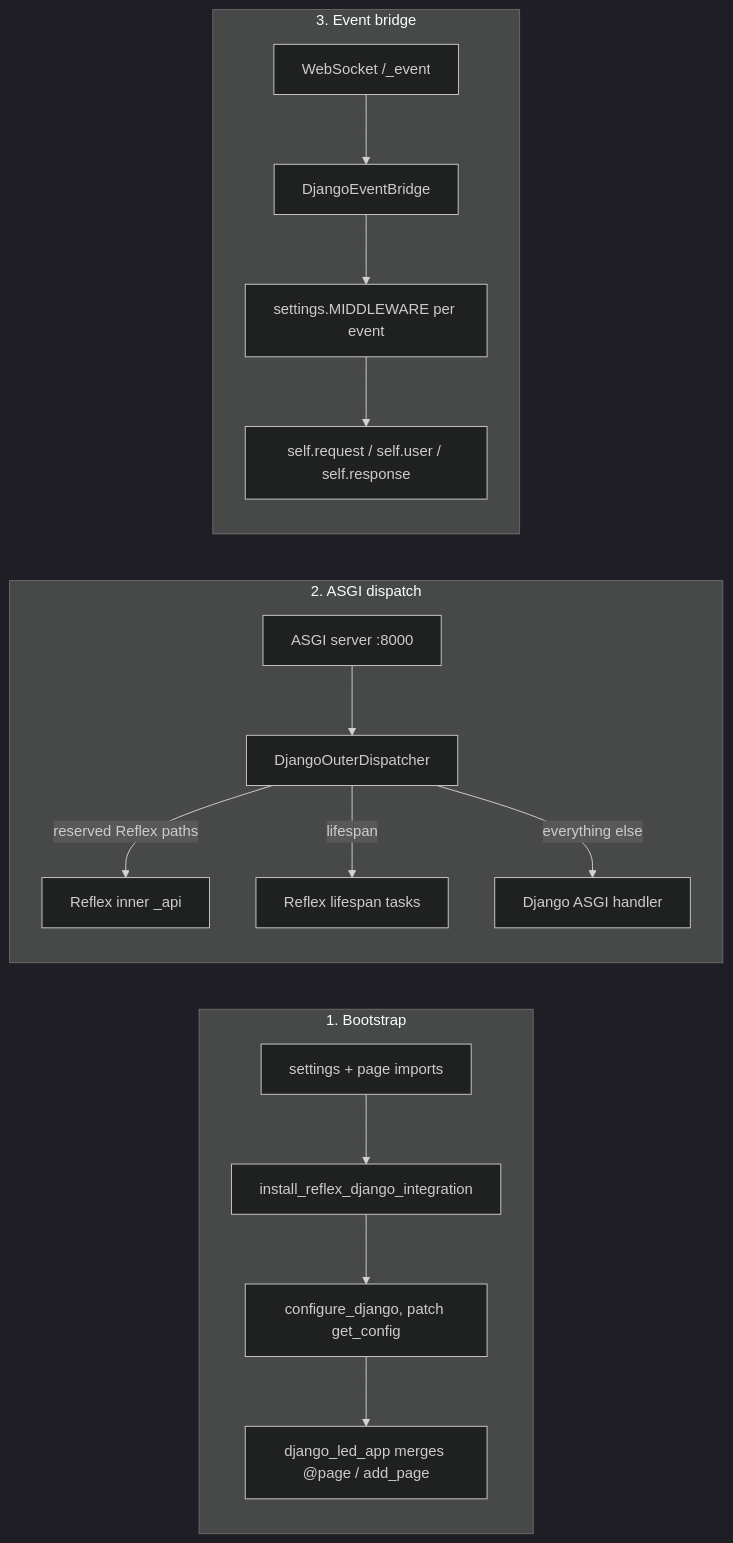
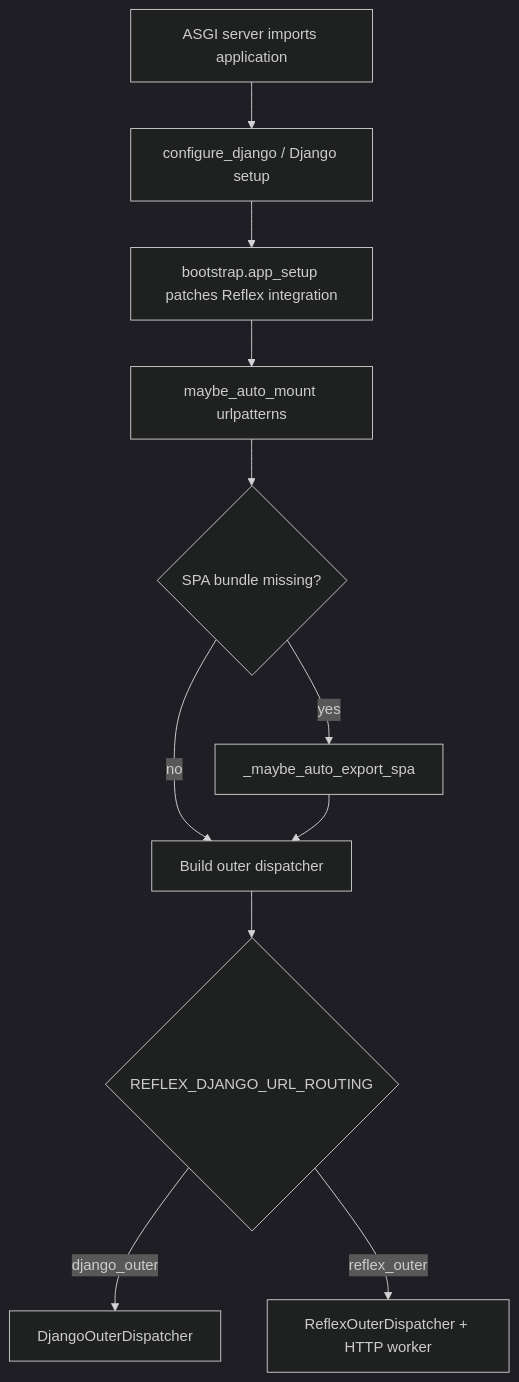
The first of 2 diagrams in docs/architecture.md (web7ai/reflex-django), drawn with Mermaid (dark theme) before and after one commit. The commit also changed other lines of this file and 65 other files, not shown here.

````diff
--- a/docs/architecture.md
+++ b/docs/architecture.md
@@ -13,21 +34,13 @@
 ```mermaid
-flowchart LR
-    subgraph pillar1["1. Bootstrap"]
-        A["settings + page imports"] --> B["install_reflex_django_integration"]
-        B --> C["configure_django, patch get_config"]
-        C --> D["django_led_app merges @page / add_page"]
-    end
-
-    subgraph pillar2["2. ASGI dispatch"]
-        E["ASGI server :8000"] --> F["DjangoOuterDispatcher"]
-        F -->|reserved Reflex paths| G["Reflex inner _api"]
-        F -->|lifespan| H["Reflex lifespan tasks"]
-        F -->|everything else| I["Django ASGI handler"]
-    end
-
-    subgraph pillar3["3. Event bridge"]
-        J["WebSocket /_event"] --> K["DjangoEventBridge"]
-        K --> L["settings.MIDDLEWARE per event"]
-        L --> M["self.request / self.user / self.response"]
-    end
+flowchart TD
+  A["ASGI server imports application"] --> B["configure_django / Django setup"]
+  B --> C["bootstrap.app_setup patches Reflex integration"]
+  C --> D["maybe_auto_mount urlpatterns"]
+  D --> E{"SPA bundle missing?"}
+  E -->|yes| F["_maybe_auto_export_spa"]
+  E -->|no| G["Build outer dispatcher"]
+  F --> G
+  G --> H{"REFLEX_DJANGO_URL_ROUTING"}
+  H -->|django_outer| I["DjangoOuterDispatcher"]
+  H -->|reflex_outer| J["ReflexOuterDispatcher + HTTP worker"]
 ```
````
